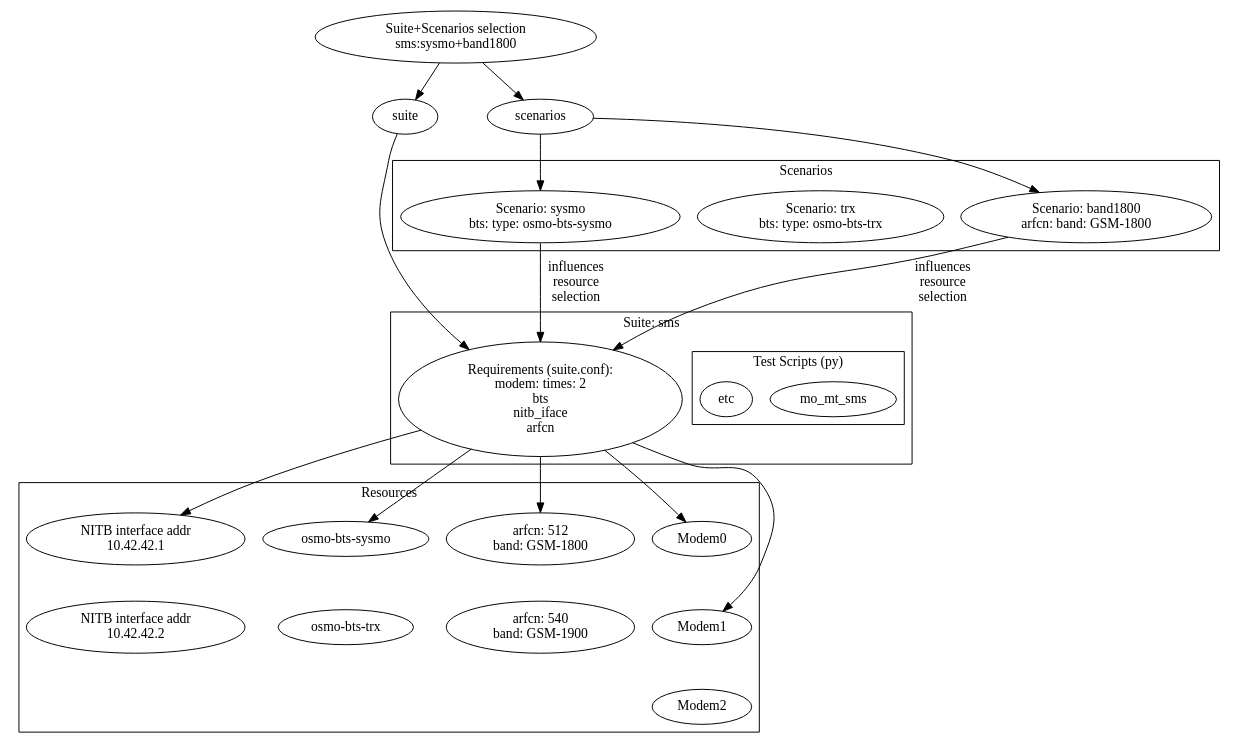
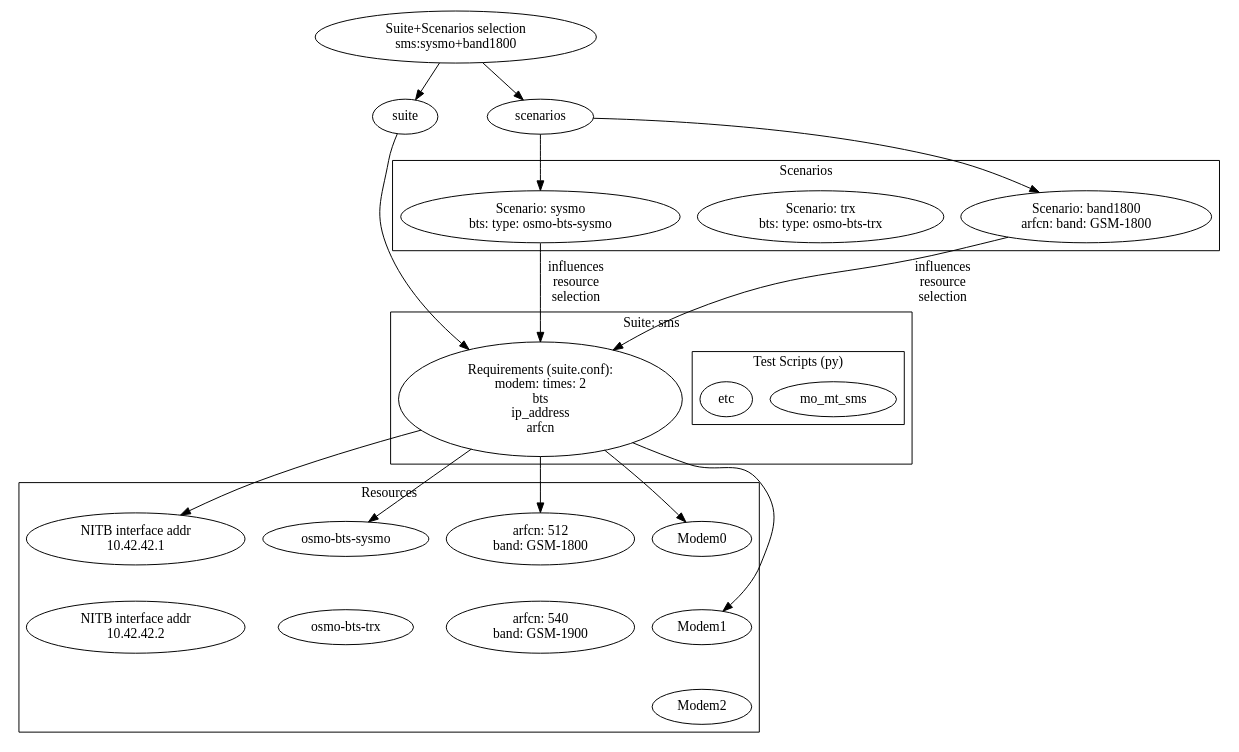
One commit to osmocom/osmo-gsm-tester changed the second of 3 diagrams in doc/manuals/chapters/intro.adoc. Above: the diagram before and after it, drawn with Graphviz. The commit also changed other lines of this file and 1 other file, not shown here.

First line of the commit message:
apply rename of resource nitb_iface to ip_address

```diff
--- a/doc/manuals/chapters/intro.adoc
+++ b/doc/manuals/chapters/intro.adoc
@@ -77,62 +77,62 @@
 [graphviz]
 ----
 digraph G {
 	rankdir=TB;
 
 	suite_scenarios [label="Suite+Scenarios selection\nsms:sysmo+band1800"]
 
 	subgraph {
 		rank=same;
 		suite
 		scenarios
 	}
 
 	subgraph cluster_scenarios {
 		label = "Scenarios";
 		u_sysmoBTS [label="Scenario: sysmo\nbts: type: osmo-bts-sysmo"]
 		u_trx [label="Scenario: trx\nbts: type: osmo-bts-trx"]
 		u_arfcn [label="Scenario: band1800\narfcn: band: GSM-1800"]
 	}
 
 	subgraph cluster_suite {
 		label = "Suite: sms";
-		requires [label="Requirements (suite.conf):\nmodem: times: 2\nbts\nnitb_iface\narfcn"]
+		requires [label="Requirements (suite.conf):\nmodem: times: 2\nbts\nip_address\narfcn"]
 		subgraph cluster_tests {
 			label = "Test Scripts (py)";
 			mo_mt_sms
 			etc
 		}
 	}
 
 	subgraph cluster_resources {
 		label = "Resources";
 		rankdir=TB;
 			nitb_addr1 [label="NITB interface addr\n10.42.42.1"]
 			nitb_addr2 [label="NITB interface addr\n10.42.42.2"]
 			Modem0
 			Modem1
 			Modem2
 			sysmoBTS [label="osmo-bts-sysmo"]
 			osmo_bts_trx [label="osmo-bts-trx"]
 			arfcn1 [label="arfcn: 512\nband: GSM-1800"]
 			arfcn2 [label="arfcn: 540\nband: GSM-1900"]
 
 			arfcn1->arfcn2 [style=invis]
 			nitb_addr1->nitb_addr2 [style=invis]
 			Modem0 -> Modem1 -> Modem2 [style=invis]
 			sysmoBTS -> osmo_bts_trx [style=invis]
 	}
 
 	suite_scenarios -> {suite scenarios}
 	scenarios -> { u_arfcn u_sysmoBTS }
 
 	suite -> requires
 	requires -> Modem0
 	requires -> Modem1
 	requires -> sysmoBTS
 	requires -> arfcn1
 	requires -> nitb_addr1
 
 	{ u_sysmoBTS u_arfcn } -> requires [label="influences\nresource\nselection"]
 }
 ----
```
